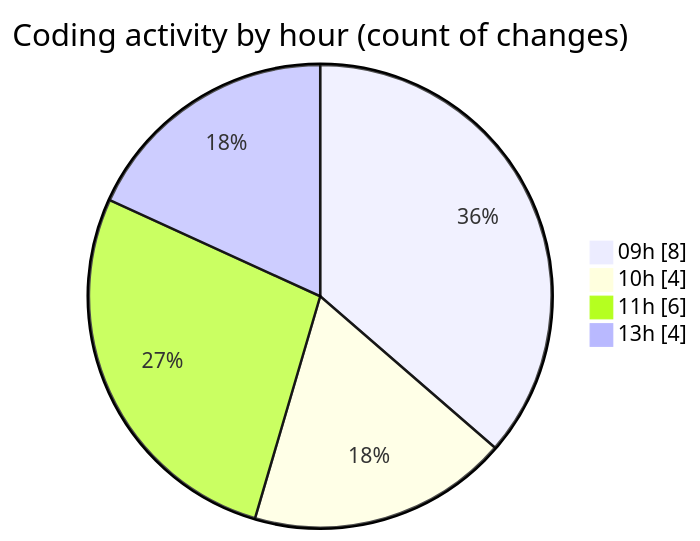
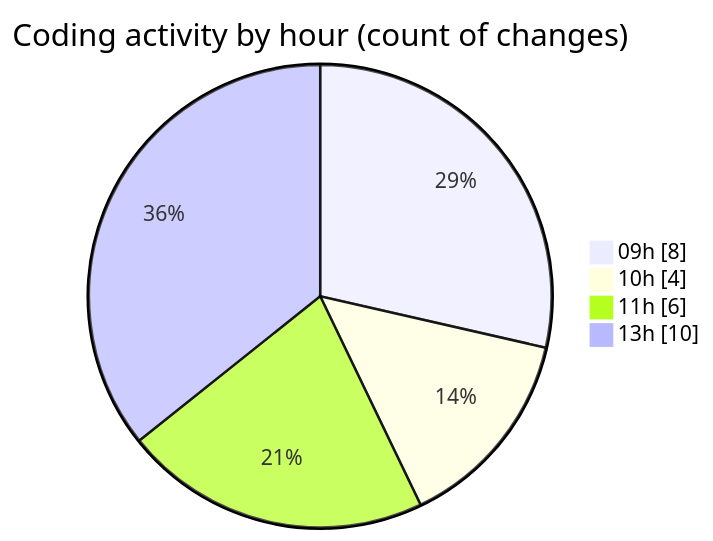
The second of 2 diagrams in 2026-05-12/cilapp/README.md (ricardozamudiocil/code-tracking), drawn with Mermaid before and after one commit. The commit also changed other lines of this file and 1 other file, not shown here.

````diff
--- a/2026-05-12/cilapp/README.md
+++ b/2026-05-12/cilapp/README.md
@@ -36,8 +36,8 @@
 ```mermaid
 pie showData
 title Coding activity by hour (count of changes)
 "09h" : 8
 "10h" : 4
 "11h" : 6
-"13h" : 4
+"13h" : 10
 ```
````
